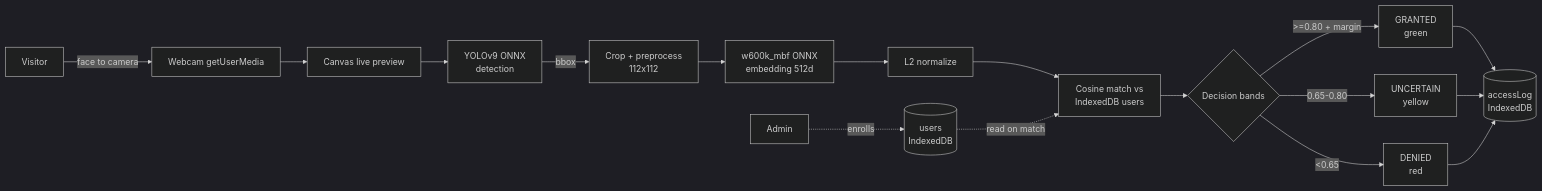
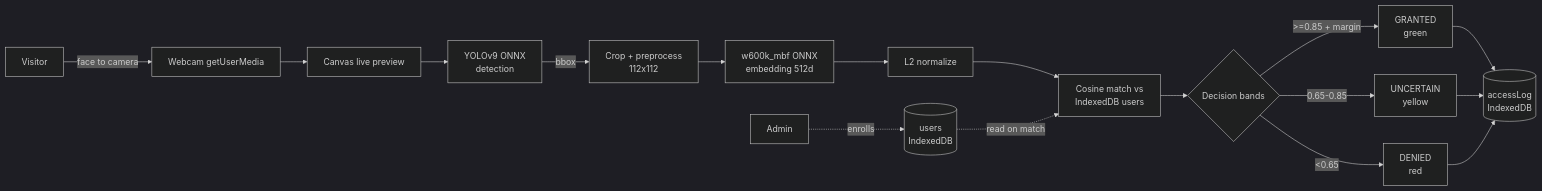
One commit to MichaelHabermas/let-me-in changed the first of 4 diagrams in docs/PRD.md. Above: the diagram before and after it, drawn with Mermaid (dark theme). The commit also changed other lines of this file and 20 other files, not shown here.

````diff
--- a/docs/PRD.md
+++ b/docs/PRD.md
@@ -104,19 +104,19 @@
 ```mermaid
 flowchart LR
     U[Visitor] -->|face to camera| W[Webcam getUserMedia]
     W --> C[Canvas live preview]
     C --> D[YOLOv9 ONNX<br/>detection]
     D -->|bbox| X[Crop + preprocess<br/>112x112]
     X --> E[w600k_mbf ONNX<br/>embedding 512d]
     E --> N[L2 normalize]
     N --> M[Cosine match vs<br/>IndexedDB users]
     M --> P{Decision bands}
-    P -->|>=0.80 + margin| G[GRANTED<br/>green]
-    P -->|0.65-0.80| UN[UNCERTAIN<br/>yellow]
+    P -->|>=0.85 + margin| G[GRANTED<br/>green]
+    P -->|0.65-0.85| UN[UNCERTAIN<br/>yellow]
     P -->|<0.65| DN[DENIED<br/>red]
     G --> L[(accessLog<br/>IndexedDB)]
     UN --> L
     DN --> L
     A[Admin] -.enrolls.-> US[(users<br/>IndexedDB)]
     US -.read on match.-> M
 ```
````
